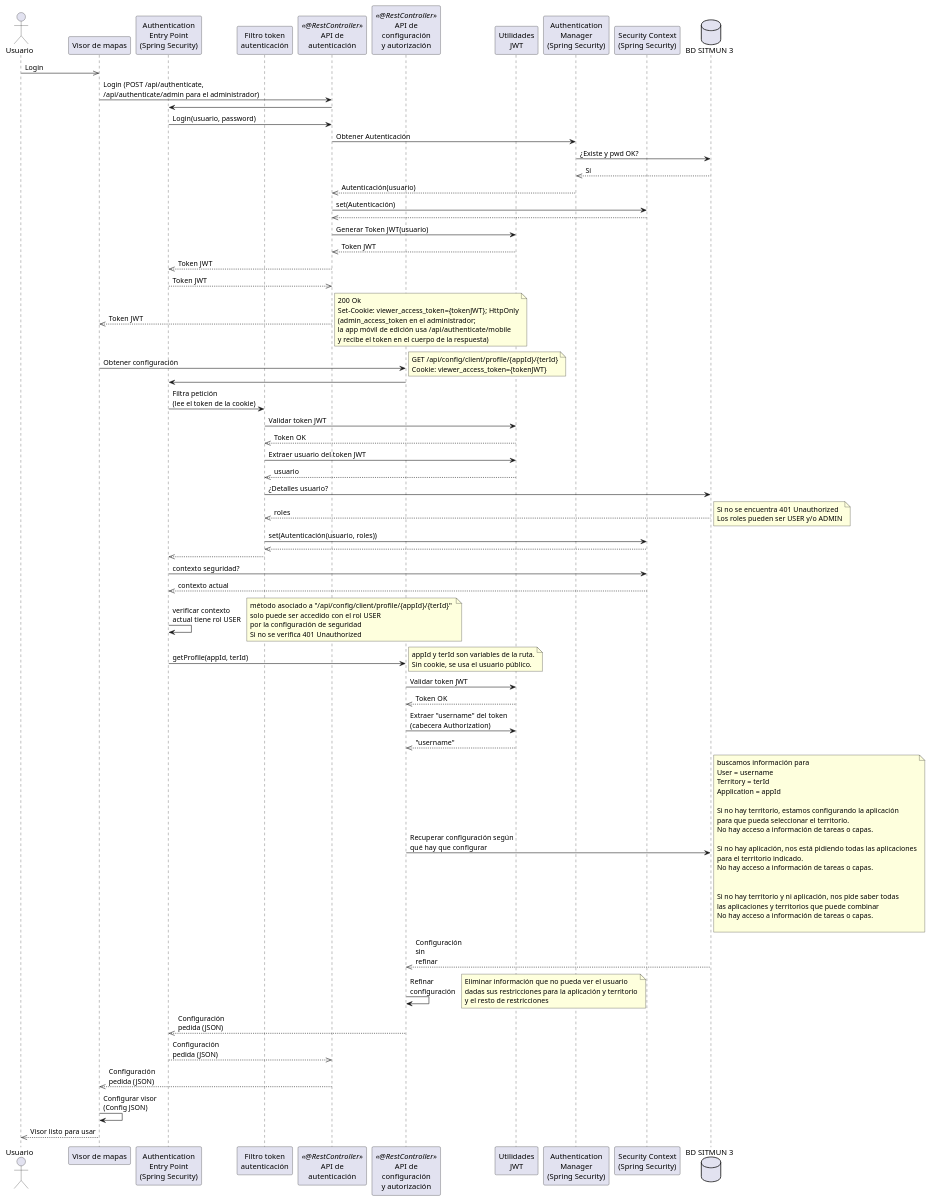
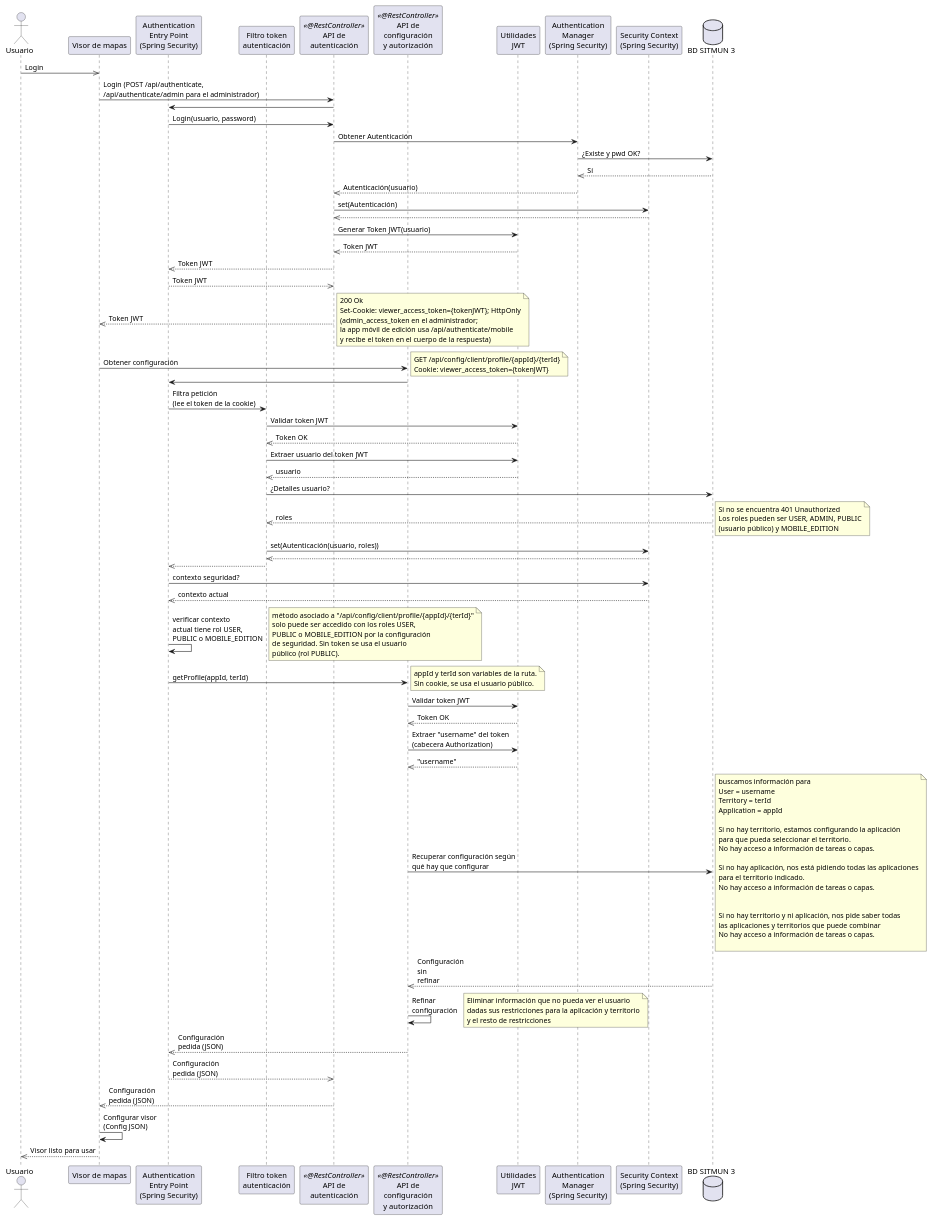
The second of 6 diagrams in docs/que-es-sitmun/plataforma/arquitectura/index.md (sitmun/sitmun.github.io), drawn with PlantUML before and after one commit. The commit also changed other lines of this file and 13 other files, not shown here.

```diff
--- a/docs/que-es-sitmun/plataforma/arquitectura/index.md
+++ b/docs/que-es-sitmun/plataforma/arquitectura/index.md
@@ -386,19 +386,21 @@
 Database -->> AuthTokenFilter: roles
 note right
   Si no se encuentra 401 Unauthorized
-  Los roles pueden ser USER y/o ADMIN
+  Los roles pueden ser USER, ADMIN, PUBLIC
+  (usuario público) y MOBILE_EDITION
 end note
 AuthTokenFilter -> SecurityContext: set(Autenticación(usuario, roles))
 SecurityContext -->> AuthTokenFilter
 AuthTokenFilter -->> AuthenticationEntryPoint
 AuthenticationEntryPoint -> SecurityContext: contexto seguridad?
 SecurityContext -->> AuthenticationEntryPoint: contexto actual
-AuthenticationEntryPoint -> AuthenticationEntryPoint: verificar contexto\nactual tiene rol USER
+AuthenticationEntryPoint -> AuthenticationEntryPoint: verificar contexto\nactual tiene rol USER,\nPUBLIC o MOBILE_EDITION
 note right
-  método asociado a "/api/config/client/profile/{appId}/{terId}" 
-  solo puede ser accedido con el rol USER
-  por la configuración de seguridad
-  Si no se verifica 401 Unauthorized
+  método asociado a "/api/config/client/profile/{appId}/{terId}"
+  solo puede ser accedido con los roles USER,
+  PUBLIC o MOBILE_EDITION por la configuración
+  de seguridad. Sin token se usa el usuario
+  público (rol PUBLIC).
 end note
 AuthenticationEntryPoint -> ConfigurationAPI: getProfile(appId, terId)
 note right
```
